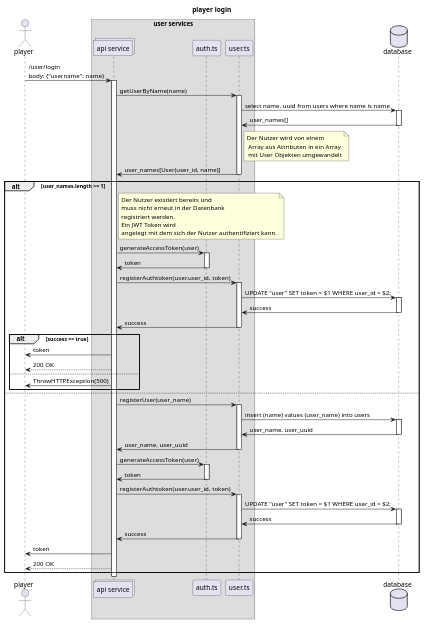
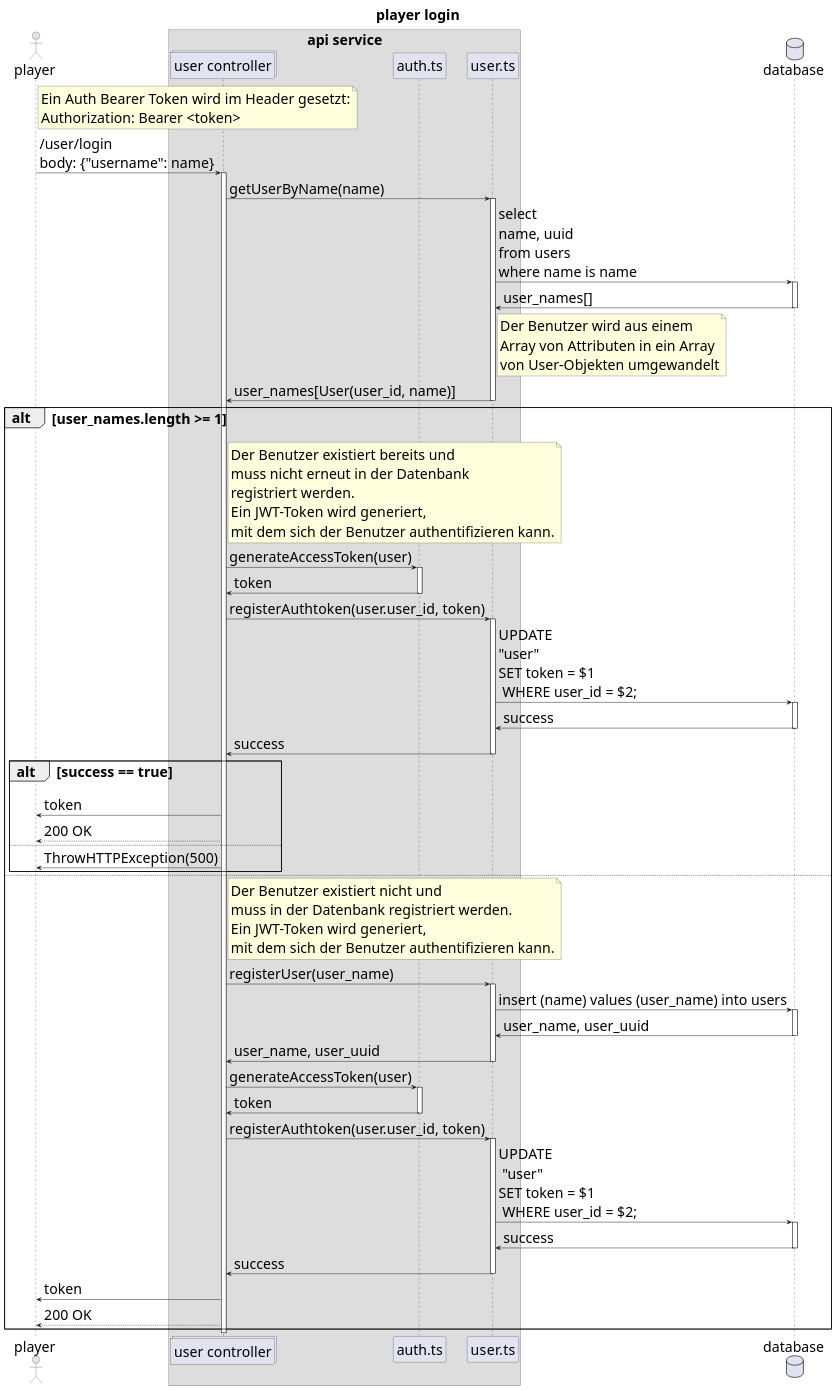
One commit to Maytastico/trash-pong changed the diagram in Doku/Abbildungen/Sequenzdiagram/login.wsd. Above: the diagram before and after it, drawn with PlantUML. The commit also changed 7 other files, not shown here.

Commit message:
seqence diagrams added

```diff
--- a/Doku/Abbildungen/Sequenzdiagram/login.wsd
+++ b/Doku/Abbildungen/Sequenzdiagram/login.wsd
@@ -1,68 +1,77 @@
 @startuml
 title player login
+skinparam defaultFontSize 30
+skinparam componentFontSize 30
+skinparam actorFontSize 30
+skinparam noteFontSize 30
+skinparam sequenceParticipantFontSize 30
+skinparam sequenceMessageFontSize 30
+skinparam titleFontSize 30
 actor player
-box "user services"
-collections "api service" as ps
+box "api service"
+collections "user controller" as ps
 participant "auth.ts" as sess
 participant "user.ts" as usr 
 end box
 database database as db
 
+note right of player: Ein Auth Bearer Token wird im Header gesetzt:\nAuthorization: Bearer <token>
 player -> ps: /user/login\nbody: {"username": name}
 activate ps
 ps -> usr: getUserByName(name)
 activate usr
-usr -> db: select name, uuid from users where name is name
+usr -> db: select \nname, uuid \nfrom users \nwhere name is name
 activate db
 db -> usr: user_names[]
-note right of usr: Der Nutzer wird von einem \n Array aus Attributen in ein Array\n mit User Objekten umgewandelt
+note right of usr: Der Benutzer wird aus einem\nArray von Attributen in ein Array\nvon User-Objekten umgewandelt
 deactivate db
 usr -> ps: user_names[User(user_id, name)]
 deactivate usr
 
 alt user_names.length >= 1
-    note right of ps: Der Nutzer existiert bereits und\nmuss nicht erneut in der Datenbank\nregistriert werden.\nEin JWT Token wird \nangelegt mit dem sich der Nutzer authentifiziert kann.
+    note right of ps: Der Benutzer existiert bereits und\nmuss nicht erneut in der Datenbank\nregistriert werden.\nEin JWT-Token wird generiert,\nmit dem sich der Benutzer authentifizieren kann.
     ps -> sess: generateAccessToken(user)
     activate sess
     sess -> ps: token
     deactivate sess
     ps -> usr: registerAuthtoken(user.user_id, token)
     activate usr
-    usr -> db: UPDATE "user" SET token = $1 WHERE user_id = $2;
+    usr -> db: UPDATE \n"user" \nSET token = $1 \n WHERE user_id = $2;
     activate db
     db -> usr: success
     deactivate db
     usr -> ps: success
     deactivate usr
     alt success == true
         ps -> player: token
         player <-- ps: 200 OK
     else
         ps -> player: ThrowHTTPException(500)
     end
 else
+note right of ps: Der Benutzer existiert nicht und\nmuss in der Datenbank registriert werden.\nEin JWT-Token wird generiert,\nmit dem sich der Benutzer authentifizieren kann.
     ps -> usr: registerUser(user_name)
     activate usr
     usr -> db: insert (name) values (user_name) into users
     activate db
     db -> usr: user_name, user_uuid
     deactivate db
     usr -> ps: user_name, user_uuid
     deactivate usr
     ps -> sess: generateAccessToken(user)
     activate sess
     sess -> ps: token
     deactivate sess
     ps -> usr: registerAuthtoken(user.user_id, token)
     activate usr
-    usr -> db: UPDATE "user" SET token = $1 WHERE user_id = $2;
+    usr -> db: UPDATE\n "user" \nSET token = $1\n WHERE user_id = $2;
     activate db
     db -> usr: success
     deactivate db
     usr -> ps: success
     deactivate usr
     ps -> player: token
     player <-- ps: 200 OK
 end
 
 @enduml
```
